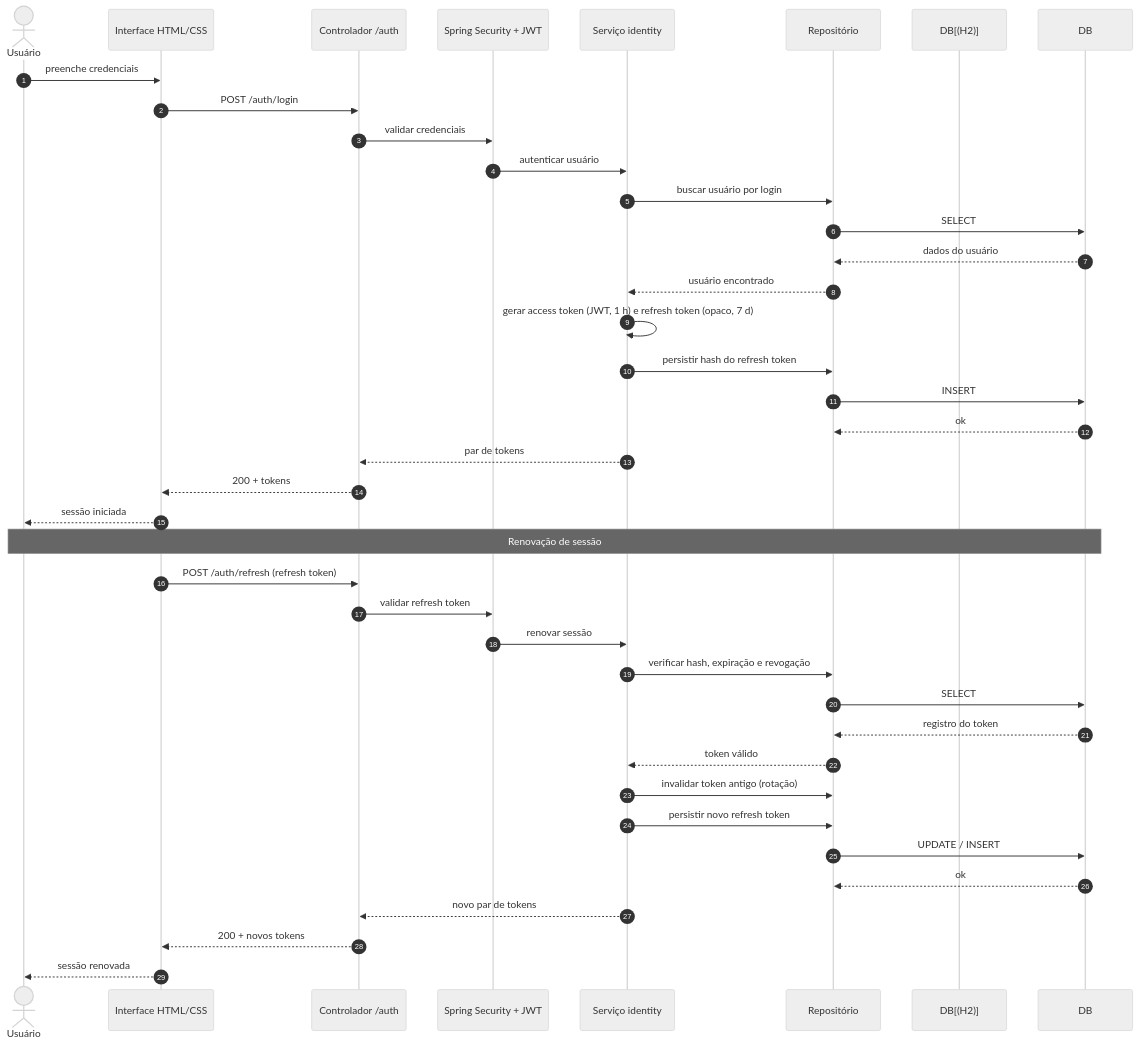
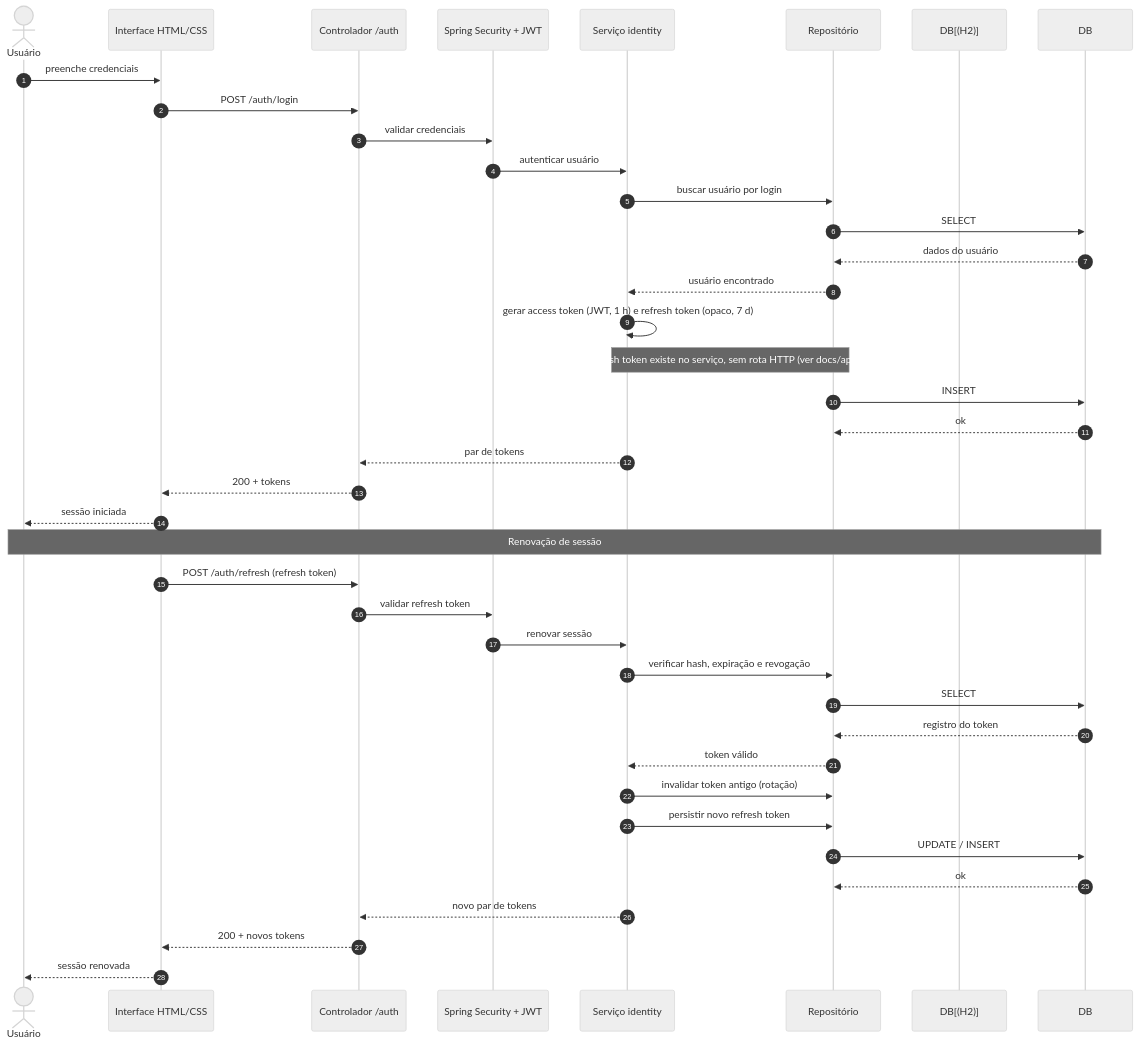
Before and after one commit to mariarrcruz/Organizacao-Recursos-Universidade: the fourth of 9 diagrams in docs/arquitetura.md, drawn with Mermaid (neutral theme). The commit also changed other lines of this file and 22 other files, not shown here.

````diff
--- a/docs/arquitetura.md
+++ b/docs/arquitetura.md
@@ -272,43 +272,43 @@
 ```mermaid
 sequenceDiagram
     autonumber
     actor U as Usuário
     participant UI as Interface HTML/CSS
     participant WEB as Controlador /auth
     participant SEC as Spring Security + JWT
     participant ID as Serviço identity
     participant REP as Repositório
     participant DB[(H2)]
 
     U->>UI: preenche credenciais
     UI->>WEB: POST /auth/login
     WEB->>SEC: validar credenciais
     SEC->>ID: autenticar usuário
     ID->>REP: buscar usuário por login
     REP->>DB: SELECT
     DB-->>REP: dados do usuário
     REP-->>ID: usuário encontrado
     ID->>ID: gerar access token (JWT, 1 h) e refresh token (opaco, 7 d)
-    ID->>REP: persistir hash do refresh token
+    Note over ID,REP: refresh token existe no serviço, sem rota HTTP (ver docs/api.md)
     REP->>DB: INSERT
     DB-->>REP: ok
     ID-->>WEB: par de tokens
     WEB-->>UI: 200 + tokens
     UI-->>U: sessão iniciada
 
     note over U, DB: Renovação de sessão
     UI->>WEB: POST /auth/refresh (refresh token)
     WEB->>SEC: validar refresh token
     SEC->>ID: renovar sessão
     ID->>REP: verificar hash, expiração e revogação
     REP->>DB: SELECT
     DB-->>REP: registro do token
     REP-->>ID: token válido
     ID->>REP: invalidar token antigo (rotação)
     ID->>REP: persistir novo refresh token
     REP->>DB: UPDATE / INSERT
     DB-->>REP: ok
     ID-->>WEB: novo par de tokens
     WEB-->>UI: 200 + novos tokens
     UI-->>U: sessão renovada
 ```
````
